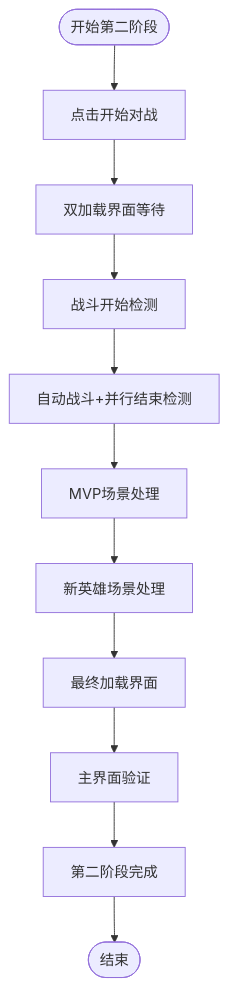
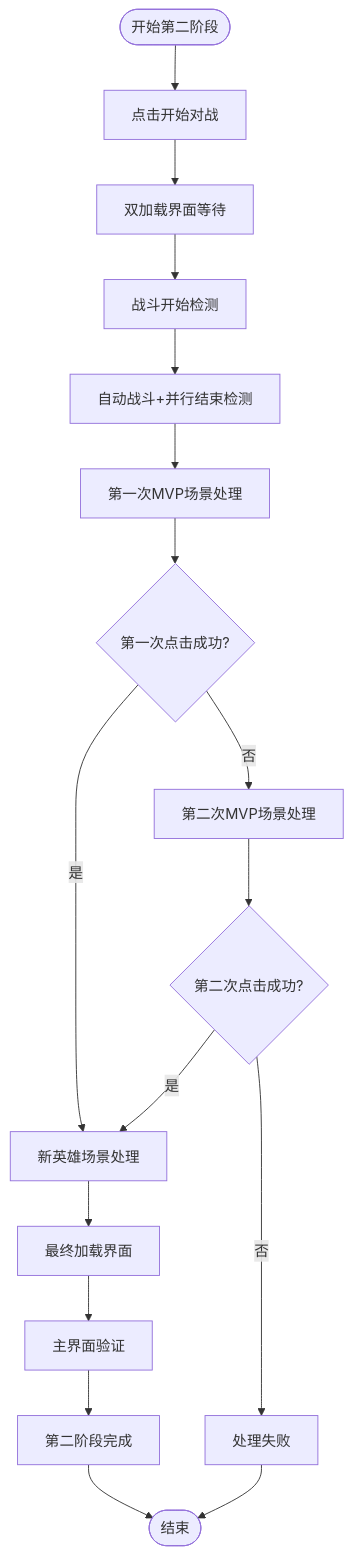
Before and after one commit to xsy098-max/ok-jump: the eighth of 9 diagrams in .qoder/repowiki/zh/content/核心系统架构/教程功能常量.md, drawn with Mermaid. The commit also changed other lines of this file and 19 other files, not shown here.

````diff
--- a/.qoder/repowiki/zh/content/核心系统架构/教程功能常量.md
+++ b/.qoder/repowiki/zh/content/核心系统架构/教程功能常量.md
@@ -366,13 +391,19 @@
 ```mermaid
 flowchart TD
 Start2([开始第二阶段]) --> ClickStart[点击开始对战]
 ClickStart --> DoubleLoading[双加载界面等待]
 DoubleLoading --> BattleStart[战斗开始检测]
 BattleStart --> CombatLoop[自动战斗+并行结束检测]
-CombatLoop --> MVPScreen[MVP场景处理]
-MVPScreen --> NewHero[新英雄场景处理]
+CombatLoop --> MVPScene[第一次MVP场景处理]
+MVPScene --> FirstClickSuccess{第一次点击成功?}
+FirstClickSuccess --> |是| NewHero[新英雄场景处理]
+FirstClickSuccess --> |否| SecondClick[第二次MVP场景处理]
+SecondClick --> SecondClickSuccess{第二次点击成功?}
+SecondClickSuccess --> |是| NewHero
+SecondClickSuccess --> |否| Failed[处理失败]
 NewHero --> FinalLoading[最终加载界面]
 FinalLoading --> MainInterface[主界面验证]
 MainInterface --> Complete2[第二阶段完成]
-Complete2 --> End2([结束])
+Failed --> End2([结束])
+Complete2 --> End2
 ```
````
